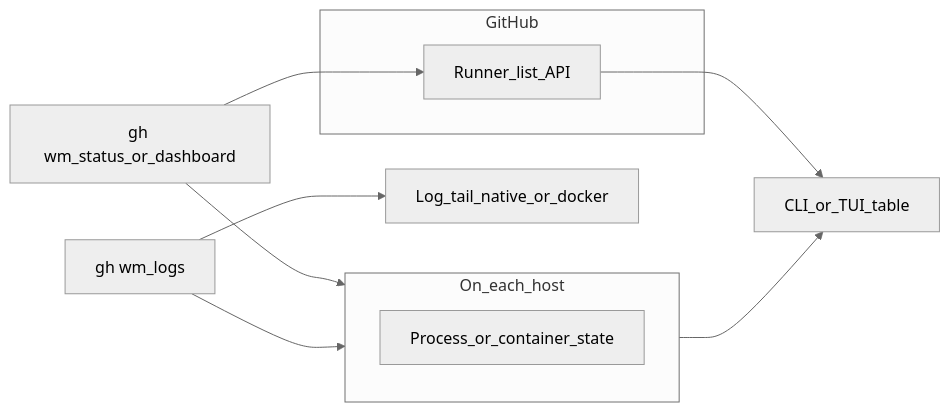
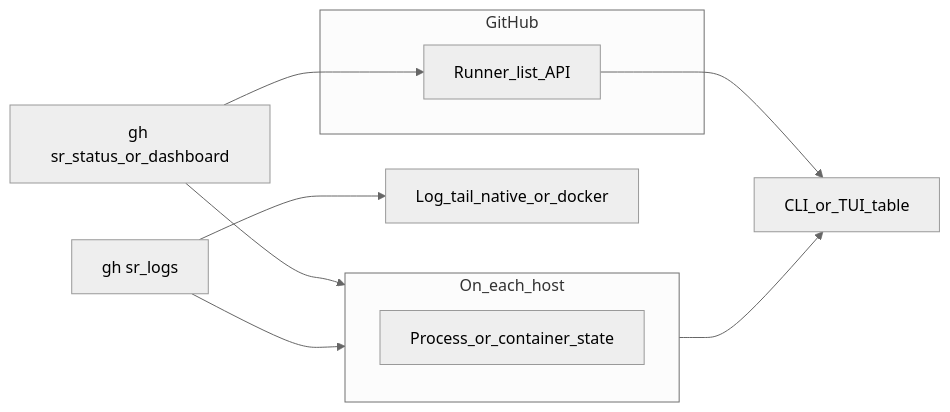
The fifth of 5 diagrams in docs/content/architecture.md (baizhiheizi/gh-sr), drawn with Mermaid (neutral theme) before and after one commit. The commit also changed other lines of this file and 53 other files, not shown here.

````diff
--- a/docs/content/architecture.md
+++ b/docs/content/architecture.md
@@ -123,15 +123,15 @@
 ```mermaid
 flowchart LR
   subgraph localCheck [On_each_host]
     L[Process_or_container_state]
   end
   subgraph remoteApi [GitHub]
     A[Runner_list_API]
   end
-  statusCmd[gh wm_status_or_dashboard] --> localCheck
+  statusCmd[gh sr_status_or_dashboard] --> localCheck
   statusCmd --> A
   localCheck --> table[CLI_or_TUI_table]
   A --> table
-  logsCmd[gh wm_logs] --> localCheck
+  logsCmd[gh sr_logs] --> localCheck
   logsCmd --> tail[Log_tail_native_or_docker]
 ```
````
